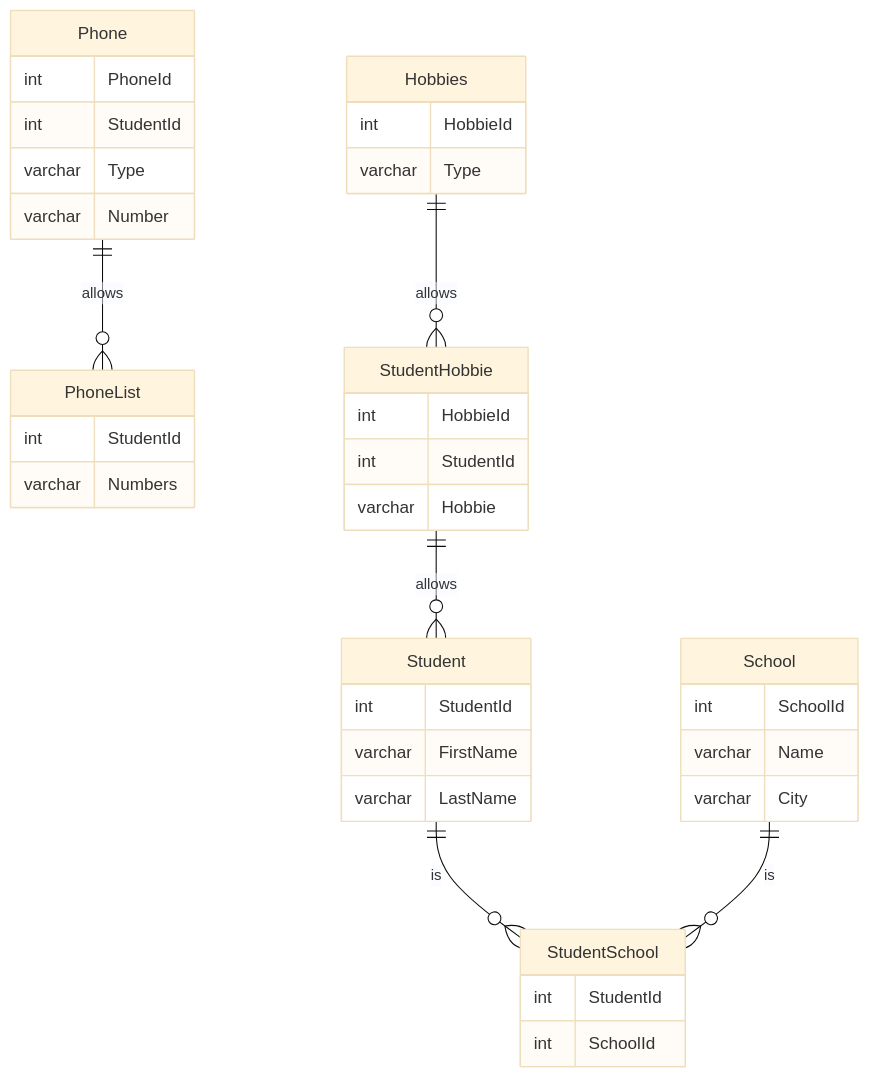
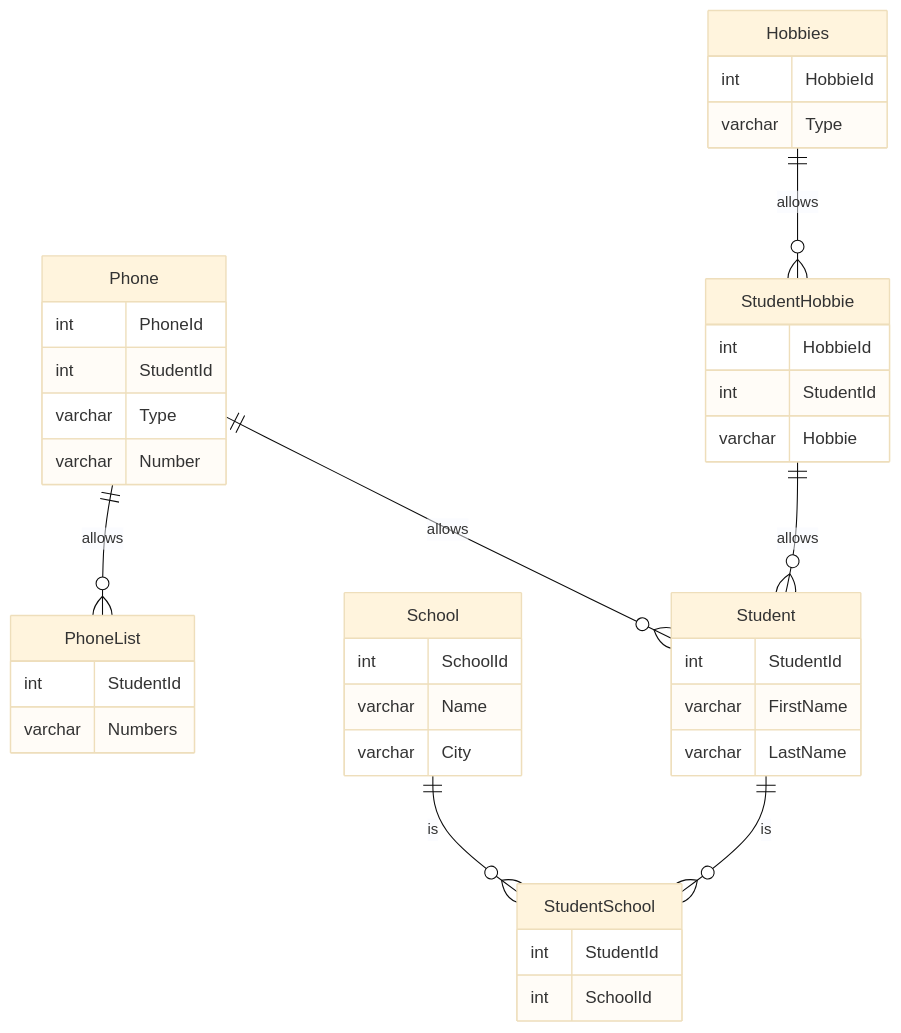
The diagram in README.md (Ensosense/db-poject-2022), drawn with Mermaid (base theme) before and after one commit.

````diff
--- a/README.md
+++ b/README.md
@@ -3,49 +3,50 @@
 ```mermaid
 erDiagram
 
 
 Student ||--o{ StudentSchool : is
 Student {
   int StudentId
   varchar FirstName
   varchar LastName
 }
 School ||--o{ StudentSchool : is
 School {
   int SchoolId
   varchar Name
   varchar City
 }
 
 
 StudentSchool { 
 int StudentId
 int SchoolId
 }
 
 Phone || --o{ PhoneList : allows
+Phone || --o{ Student : allows
 Phone {
 int PhoneId
 int StudentId
 varchar Type
 varchar Number
 }
 PhoneList {
 int StudentId
 varchar Numbers
 }
 
 
 Hobbies || --o{ StudentHobbie : allows
 Hobbies {
 int HobbieId
 varchar Type
 }
 StudentHobbie || --o{ Student : allows
 StudentHobbie {
 int HobbieId
 int StudentId
 varchar Hobbie
 }
 
 ```
````
